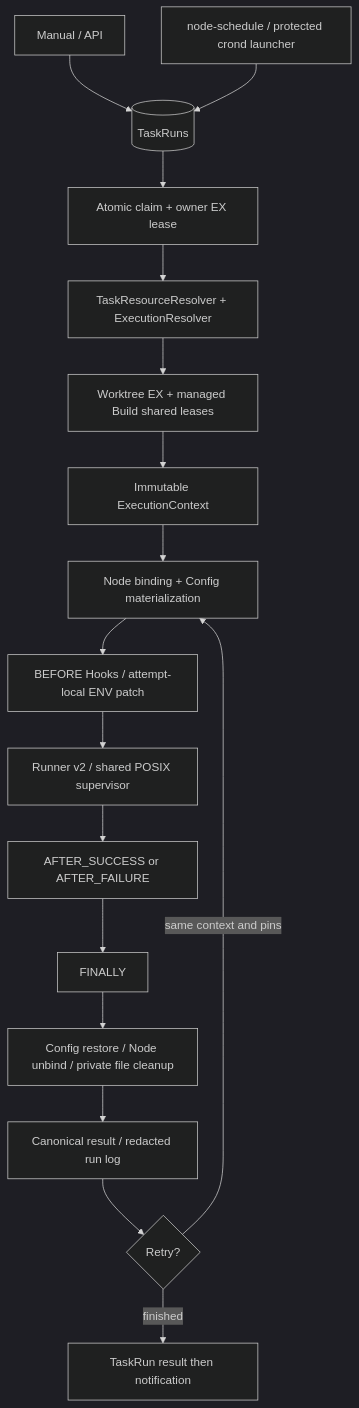
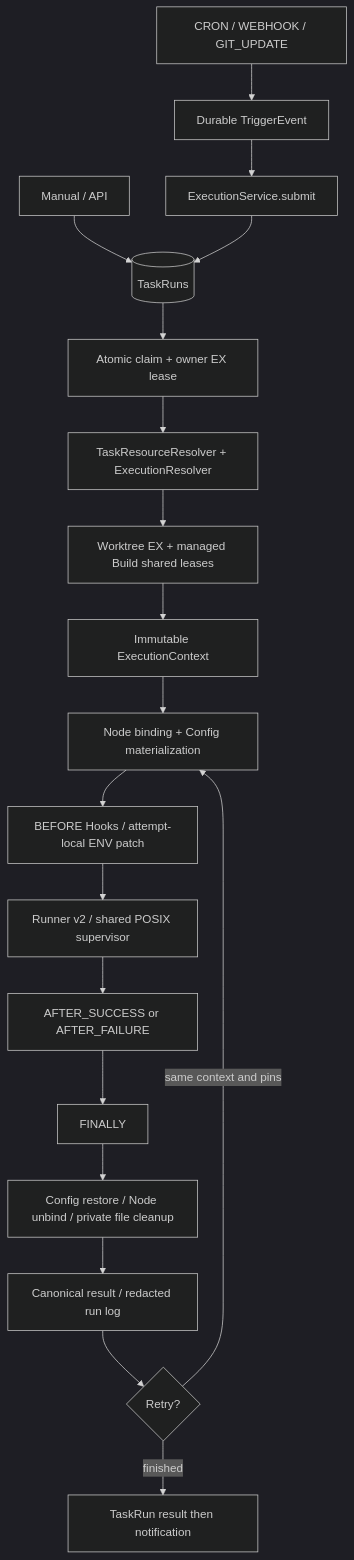
Before and after one commit to anysoft/qinglong: the diagram in docs/architecture/14-execution-engine.md, drawn with Mermaid (dark theme). The commit also changed other lines of this file and 334 other files, not shown here.

Commit message:
Refactor platform architecture for fresh-install support

````diff
--- a/docs/architecture/14-execution-engine.md
+++ b/docs/architecture/14-execution-engine.md
@@ -5,19 +5,21 @@
 ```mermaid
 flowchart TD
  Manual[Manual / API] --> Run[(TaskRuns)]
- Schedule[node-schedule / protected crond launcher] --> Run
+ Trigger[CRON / WEBHOOK / GIT_UPDATE] --> Event[Durable TriggerEvent]
+ Event --> Submit[ExecutionService.submit]
+ Submit --> Run
  Run --> Owner[Atomic claim + owner EX lease]
  Owner --> Resolver[TaskResourceResolver + ExecutionResolver]
  Resolver --> Pins[Worktree EX + managed Build shared leases]
  Pins --> Context[Immutable ExecutionContext]
  Context --> Prepare[Node binding + Config materialization]
  Prepare --> Before[BEFORE Hooks / attempt-local ENV patch]
  Before --> Main[Runner v2 / shared POSIX supervisor]
  Main --> After[AFTER_SUCCESS or AFTER_FAILURE]
  After --> Finally[FINALLY]
  Finally --> Cleanup[Config restore / Node unbind / private file cleanup]
  Cleanup --> Result[Canonical result / redacted run log]
  Result --> Retry{Retry?}
  Retry -->|same context and pins| Prepare
  Retry -->|finished| Persist[TaskRun result then notification]
 ```
````
